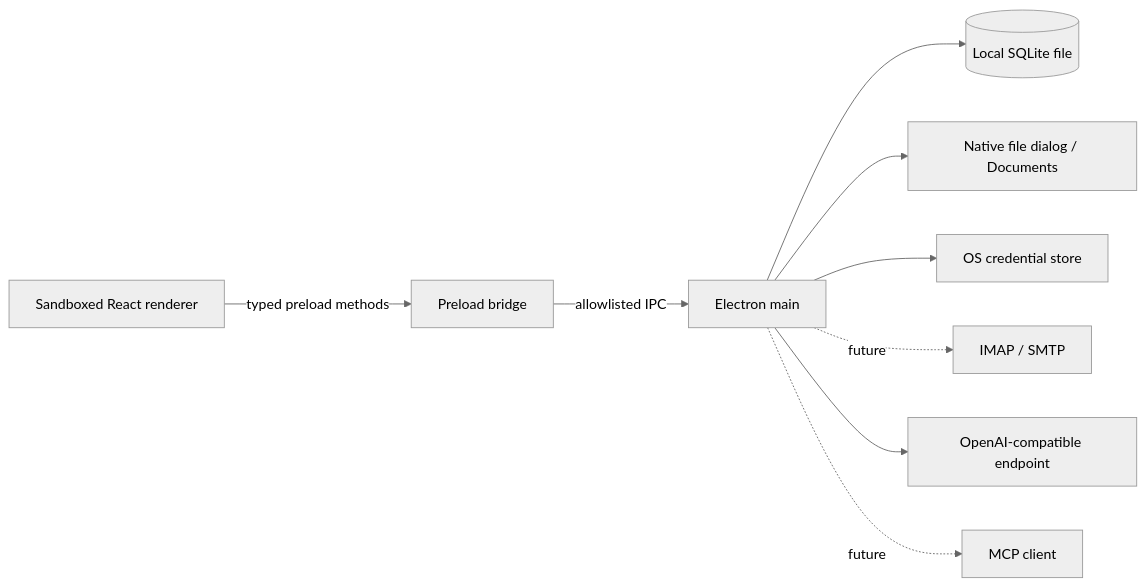
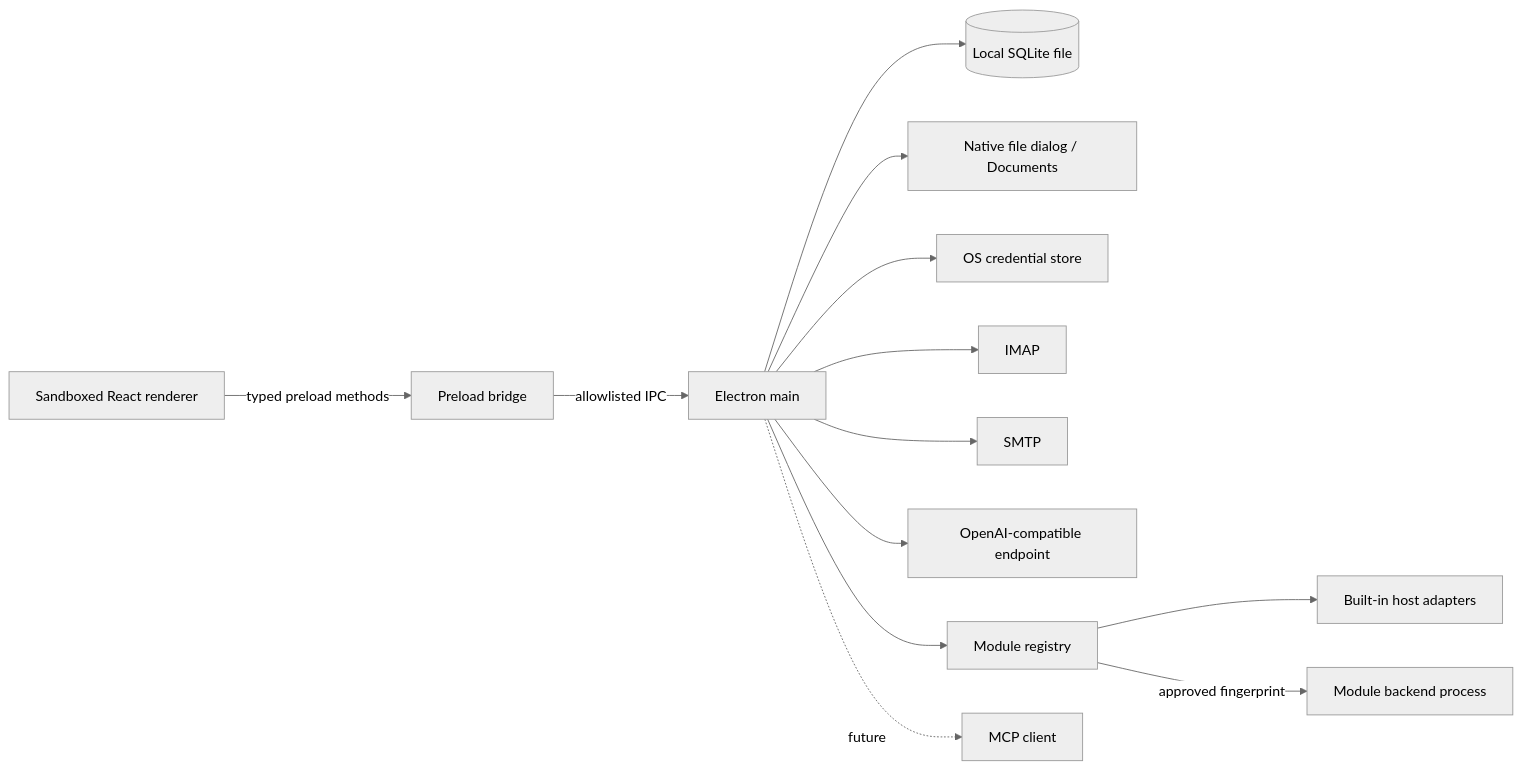
The diagram in docs/architecture.md (Tiboriuss/OpenVibeDesk), drawn with Mermaid (neutral theme) before and after one commit. The commit also changed other lines of this file and 130 other files, not shown here.

````diff
--- a/docs/architecture.md
+++ b/docs/architecture.md
@@ -5,11 +5,15 @@
 ```mermaid
 flowchart LR
   R[Sandboxed React renderer] -->|typed preload methods| P[Preload bridge]
   P -->|allowlisted IPC| M[Electron main]
   M --> D[(Local SQLite file)]
   M --> F[Native file dialog / Documents]
   M --> K[OS credential store]
-  M -. future .-> I[IMAP / SMTP]
+  M --> I[IMAP]
+  M --> O[SMTP]
   M --> L[OpenAI-compatible endpoint]
+  M --> MR[Module registry]
+  MR --> BM[Built-in host adapters]
+  MR -->|approved fingerprint| UM[Module backend process]
   M -. future .-> C[MCP client]
 ```
````
